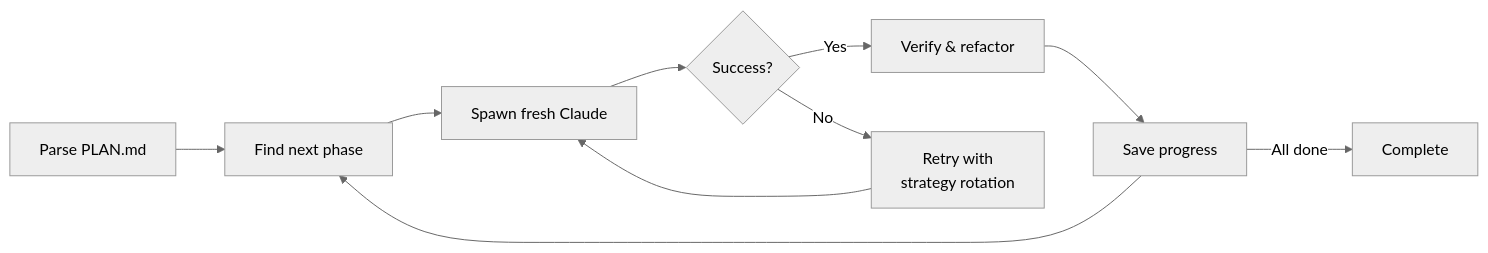
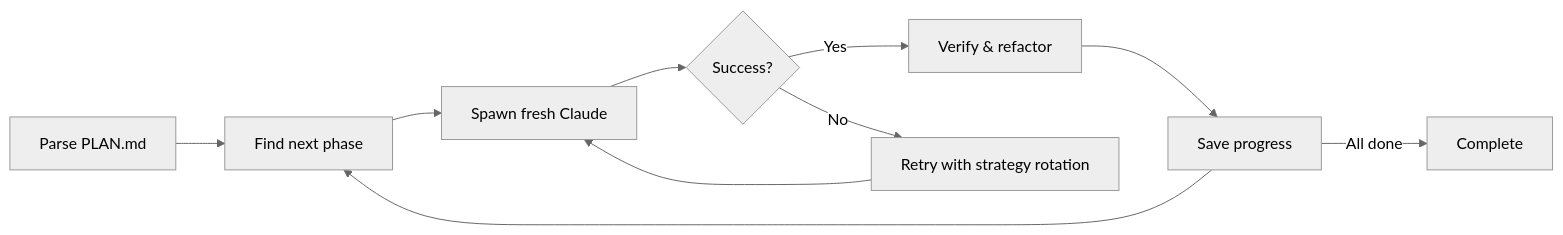
Before and after one commit to chmc/claudeloop: the diagram in README.md, drawn with Mermaid (neutral theme). The commit also changed other lines of this file and 1 other file, not shown here.

First line of the commit message:
docs: fix mermaid flowchart and add replay report screenshot

````diff
--- a/README.md
+++ b/README.md
@@ -106,12 +110,12 @@
 ```mermaid
 flowchart LR
     A["Parse PLAN.md"] --> B["Find next phase"]
     B --> C["Spawn fresh Claude"]
     C --> D{"Success?"}
     D -- Yes --> E["Verify & refactor"]
     E --> F["Save progress"]
-    D -- No --> G["Retry with\nstrategy rotation"]
+    D -- No --> G["Retry with strategy rotation"]
     G --> C
     F --> B
     F -- "All done" --> H["Complete"]
 ```
````
